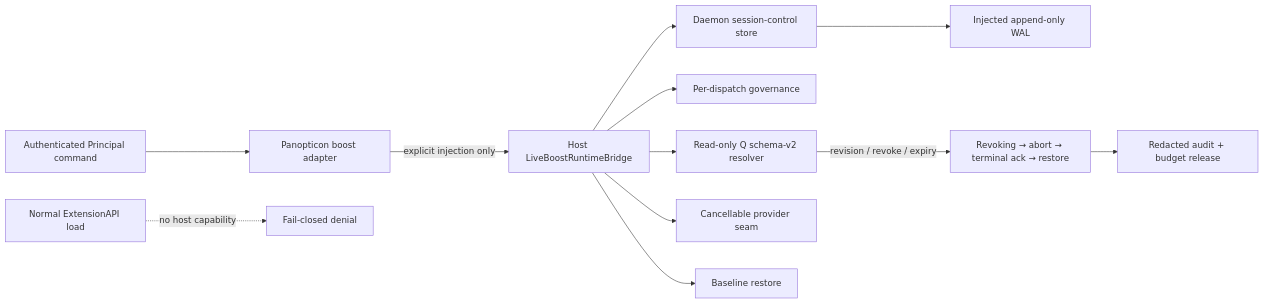
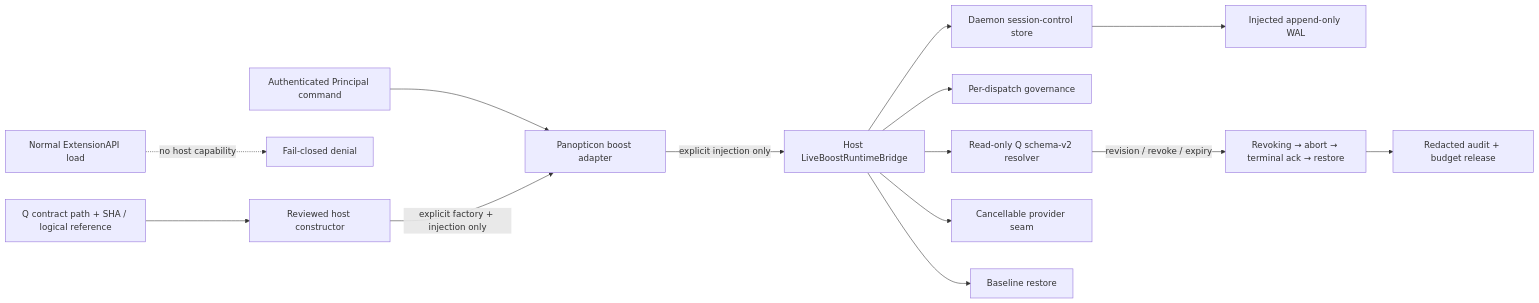
Diagram 12 of 22 in docs/architecture.md (tS7hKamAYL84j91/pi-tools-and-skills), drawn with Mermaid before and after one commit. The commit also changed other lines of this file and 3 other files, not shown here.

Commit message:
feat(panopticon): add reviewed boost host constructor

````diff
--- a/docs/architecture.md
+++ b/docs/architecture.md
@@ -457,14 +459,16 @@
 ```mermaid
 flowchart LR
   Principal[Authenticated Principal command] --> Command[Panopticon boost adapter]
   Default[Normal ExtensionAPI load] -. no host capability .-> Deny[Fail-closed denial]
+  Attestation[Q contract path + SHA / logical reference] --> Host[Reviewed host constructor]
+  Host -->|explicit factory + injection only| Command
   Command -->|explicit injection only| Bridge[Host LiveBoostRuntimeBridge]
   Bridge --> Q[Read-only Q schema-v2 resolver]
   Bridge --> Governance[Per-dispatch governance]
   Bridge --> Store[Daemon session-control store]
   Store --> WAL[Injected append-only WAL]
   Bridge --> Provider[Cancellable provider seam]
   Bridge --> Restore[Baseline restore]
   Q -->|revision / revoke / expiry| Revoke[Revoking → abort → terminal ack → restore]
   Revoke --> Audit[Redacted audit + budget release]
 ```
````
